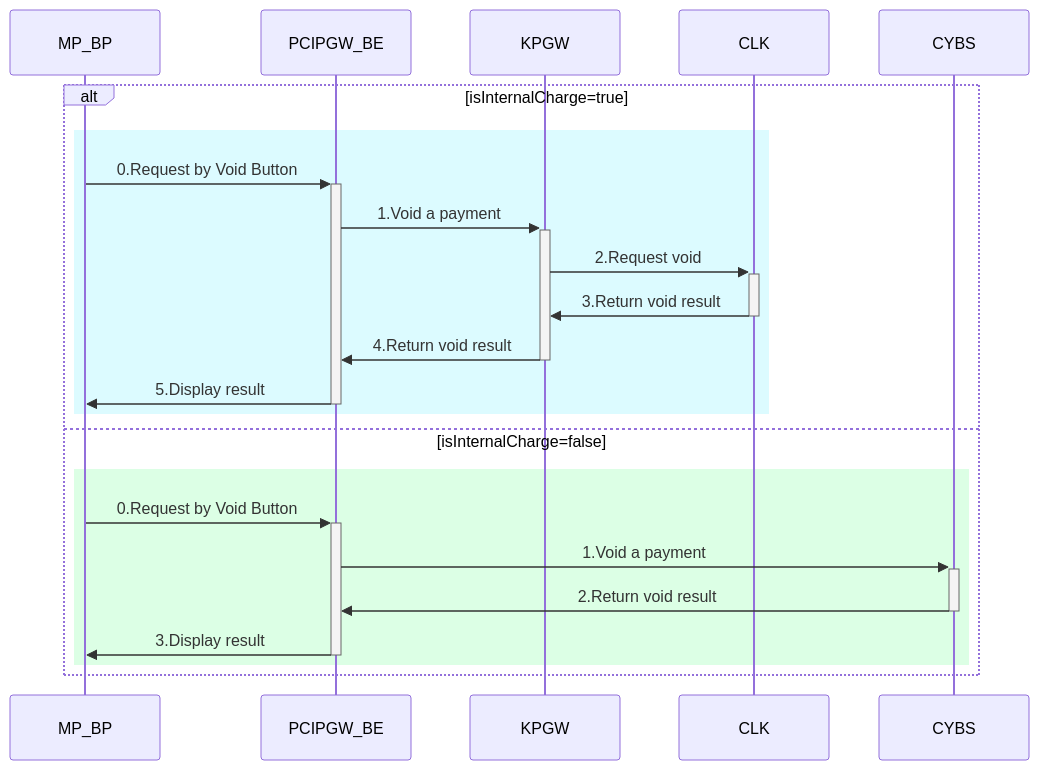
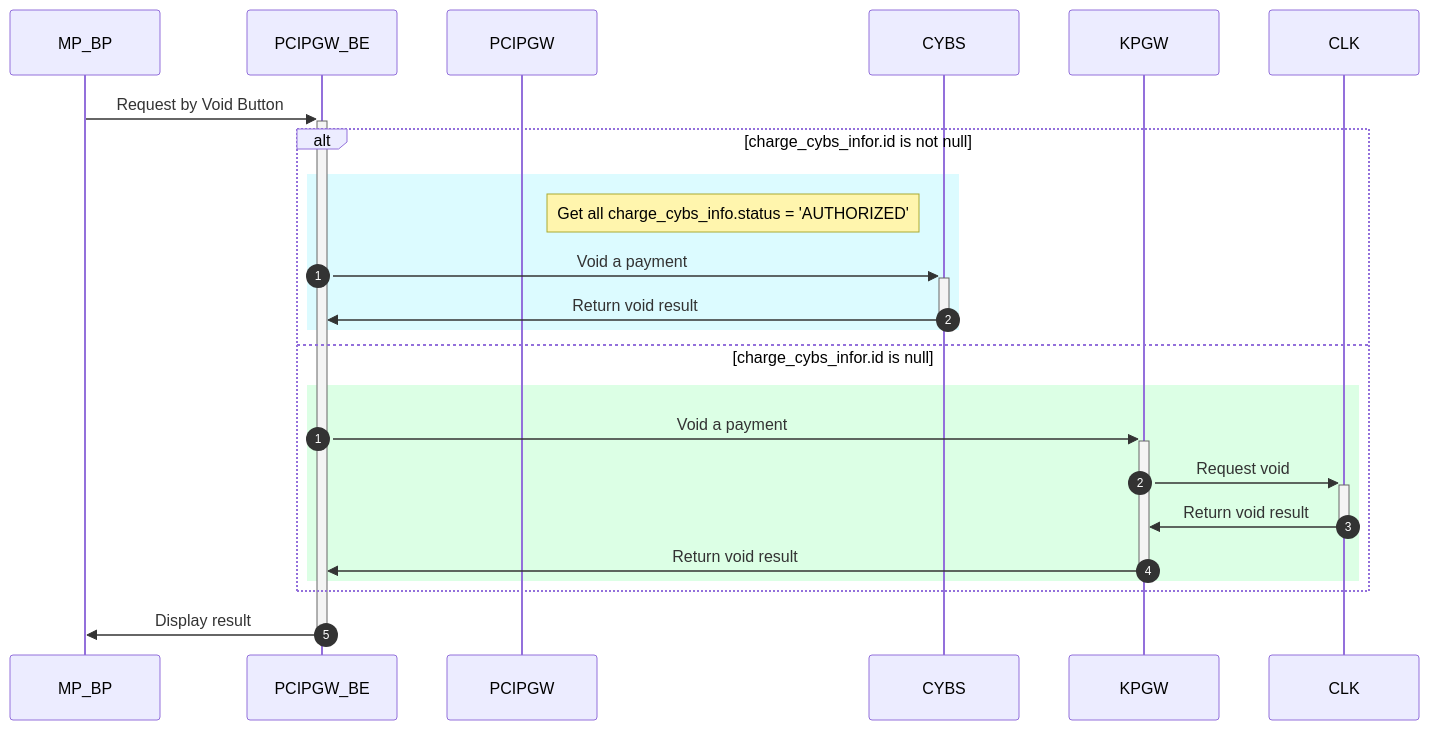
One commit to yuusuke25/MyNotes changed the second of 3 diagrams in Cybs-Ph2-Flow2.md. Above: the diagram before and after it, drawn with Mermaid. The commit also changed other lines of this file, not shown here.

````diff
--- a/Cybs-Ph2-Flow2.md
+++ b/Cybs-Ph2-Flow2.md
@@ -27,20 +41,21 @@
 ```mermaid
     sequenceDiagram
-        alt isInternalCharge=true
+        MP_BP->>+PCIPGW_BE:Request by Void Button
+        alt charge_cybs_infor.id is not null
             rect rgb(220, 251, 255)
-                MP_BP->>+PCIPGW_BE:0.Request by Void Button
-                PCIPGW_BE->>+KPGW:1.Void a payment
-                KPGW->>+CLK:2.Request void
-                CLK->>-KPGW:3.Return void result
-                KPGW->>-PCIPGW_BE:4.Return void result
-                PCIPGW_BE->>-MP_BP:5.Display result
+                Note right of PCIPGW: Get all charge_cybs_info.status = 'AUTHORIZED'
+                autonumber 1
+                PCIPGW_BE->>+CYBS:Void a payment
+                CYBS->>-PCIPGW_BE:Return void result
             end
-        else isInternalCharge=false
+        else charge_cybs_infor.id is null
             rect rgb(220, 255, 229)
-                MP_BP->>+PCIPGW_BE:0.Request by Void Button
-                PCIPGW_BE->>+CYBS:1.Void a payment
-                CYBS->>-PCIPGW_BE:2.Return void result
-                PCIPGW_BE->>-MP_BP:3.Display result
+                autonumber 1
+                PCIPGW_BE->>+KPGW:Void a payment
+                KPGW->>+CLK:Request void
+                CLK->>-KPGW:Return void result
+                KPGW->>-PCIPGW_BE:Return void result
             end
         end
+        PCIPGW_BE->>-MP_BP:Display result
 ```
````
